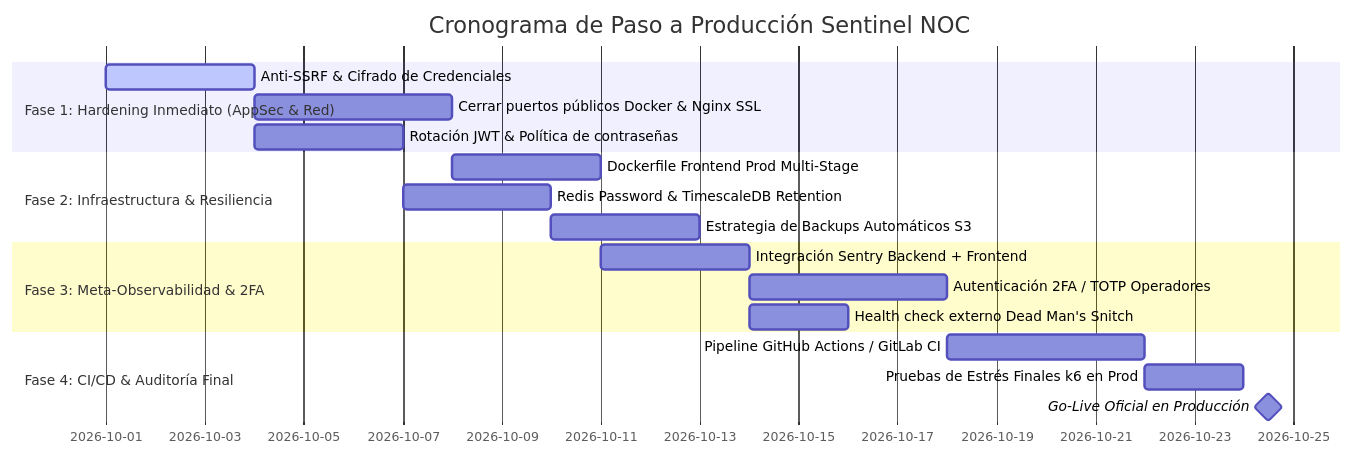
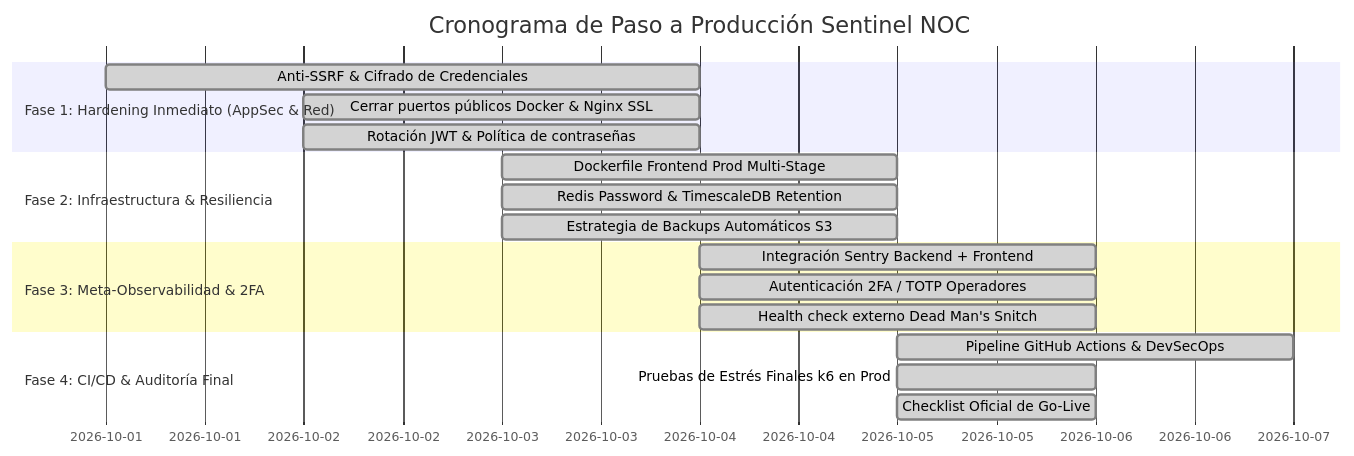
One commit to davis2830/Sentinela changed the second of 2 diagrams in docs/PRODUCTION_READINESS.md. Above: the diagram before and after it, drawn with Mermaid. The commit also changed other lines of this file and 10 other files, not shown here.

````diff
--- a/docs/PRODUCTION_READINESS.md
+++ b/docs/PRODUCTION_READINESS.md
@@ -196,24 +169,24 @@
 ```mermaid
 gantt
     title Cronograma de Paso a Producción Sentinel NOC
     dateFormat  YYYY-MM-DD
     section Fase 1: Hardening Inmediato (AppSec & Red)
-    Anti-SSRF & Cifrado de Credenciales        :active, p1, 2026-10-01, 3d
-    Cerrar puertos públicos Docker & Nginx SSL :p2, after p1, 4d
-    Rotación JWT & Política de contraseñas     :p3, after p1, 3d
+    Anti-SSRF & Cifrado de Credenciales        :done, p1, 2026-10-01, 3d
+    Cerrar puertos públicos Docker & Nginx SSL :done, p2, 2026-10-02, 2d
+    Rotación JWT & Política de contraseñas     :done, p3, 2026-10-02, 2d
 
     section Fase 2: Infraestructura & Resiliencia
-    Dockerfile Frontend Prod Multi-Stage       :p4, after p2, 3d
-    Redis Password & TimescaleDB Retention      :p5, after p3, 3d
-    Estrategia de Backups Automáticos S3       :p6, after p5, 3d
+    Dockerfile Frontend Prod Multi-Stage       :done, p4, 2026-10-03, 2d
+    Redis Password & TimescaleDB Retention      :done, p5, 2026-10-03, 2d
+    Estrategia de Backups Automáticos S3       :done, p6, 2026-10-03, 2d
 
     section Fase 3: Meta-Observabilidad & 2FA
-    Integración Sentry Backend + Frontend      :p7, after p4, 3d
-    Autenticación 2FA / TOTP Operadores        :p8, after p7, 4d
-    Health check externo Dead Man's Snitch     :p9, after p7, 2d
+    Integración Sentry Backend + Frontend      :done, p7, 2026-10-04, 2d
+    Autenticación 2FA / TOTP Operadores        :done, p8, 2026-10-04, 2d
+    Health check externo Dead Man's Snitch     :done, p9, 2026-10-04, 2d
 
     section Fase 4: CI/CD & Auditoría Final
-    Pipeline GitHub Actions / GitLab CI        :p10, after p8, 4d
-    Pruebas de Estrés Finales k6 en Prod       :p11, after p10, 2d
-    Go-Live Oficial en Producción              :milestone, p12, after p11, 1d
+    Pipeline GitHub Actions & DevSecOps        :done, p10, 2026-10-05, 2d
+    Pruebas de Estrés Finales k6 en Prod       :done, p11, 2026-10-05, 1d
+    Checklist Oficial de Go-Live               :done, p12, 2026-10-05, 1d
 ```
````
